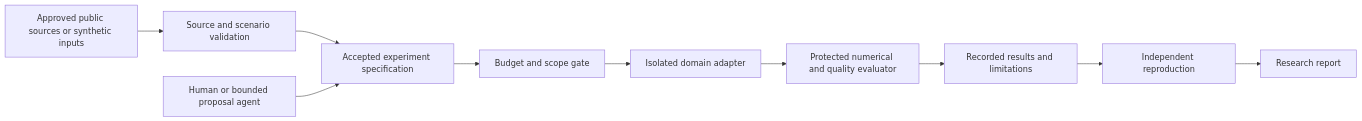
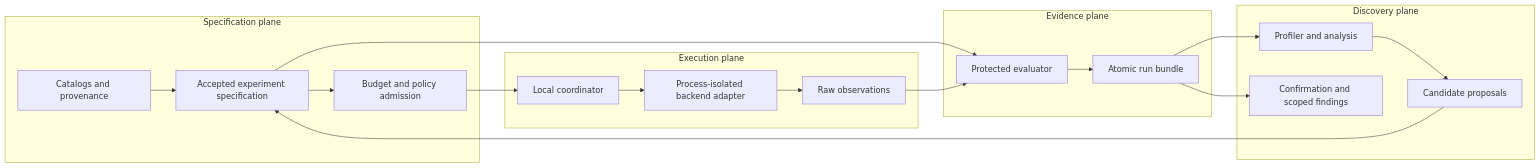
Before and after one commit to thepianistdirector/lean-model-lab: the diagram in ARCHITECTURE.md, drawn with Mermaid. The commit also changed other lines of this file and 9 other files, not shown here.

Commit message:
docs: establish research architecture and complete foundation wave

````diff
--- a/ARCHITECTURE.md
+++ b/ARCHITECTURE.md
@@ -15,12 +24,23 @@
 ```mermaid
 flowchart LR
-  A[Approved public sources or synthetic inputs] --> B[Source and scenario validation]
-  B --> C[Accepted experiment specification]
-  H[Human or bounded proposal agent] --> C
-  C --> D[Budget and scope gate]
-  D --> E[Isolated domain adapter]
-  E --> F[Protected numerical and quality evaluator]
-  F --> G[Recorded results and limitations]
-  G --> I[Independent reproduction]
-  I --> J[Research report]
+  subgraph S[Specification plane]
+    C[Catalogs and provenance] --> X[Accepted experiment specification]
+    X --> B[Budget and policy admission]
+  end
+  subgraph E[Execution plane]
+    B --> O[Local coordinator]
+    O --> A[Process-isolated backend adapter]
+    A --> R[Raw observations]
+  end
+  subgraph V[Evidence plane]
+    X --> Q[Protected evaluator]
+    R --> Q
+    Q --> U[Atomic run bundle]
+  end
+  subgraph D[Discovery plane]
+    U --> P[Profiler and analysis]
+    P --> H[Candidate proposals]
+    H --> X
+    U --> F[Confirmation and scoped findings]
+  end
 ```
````
